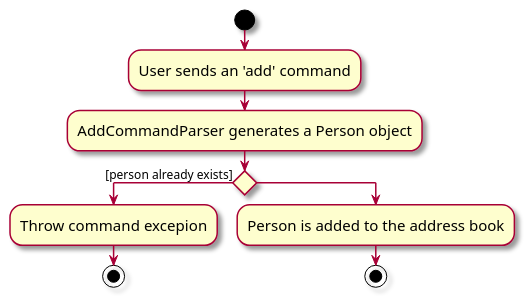
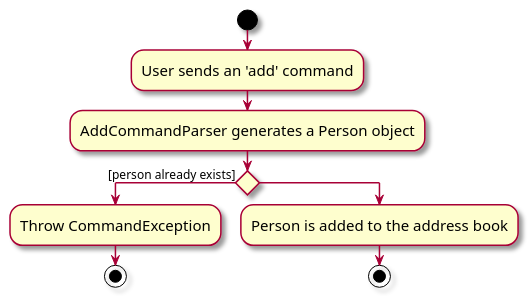
Before and after one commit to nus-cs2103-AY2324S2/tp: the diagram in docs/diagrams/AddCommandActivityDiagram.puml, drawn with PlantUML. The commit also changed 1 other file, not shown here.

```diff
--- a/docs/diagrams/AddCommandActivityDiagram.puml
+++ b/docs/diagrams/AddCommandActivityDiagram.puml
@@ -1,16 +1,16 @@
 @startuml
 skin rose
 skinparam ActivityFontSize 15
 skinparam ArrowFontSize 12
 start
 :User sends an 'add' command;
 :AddCommandParser generates a Person object;
 if () then ([person already exists])
-    :Throw command excepion;
+    :Throw CommandException;
 stop
 else
 :Person is added to the address book;
 stop
 endif
 
 @enduml
```
